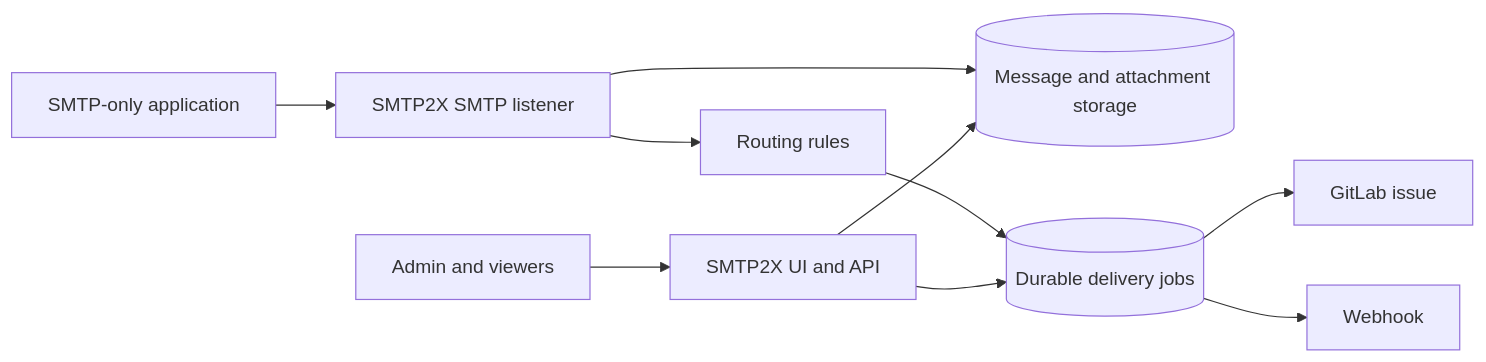
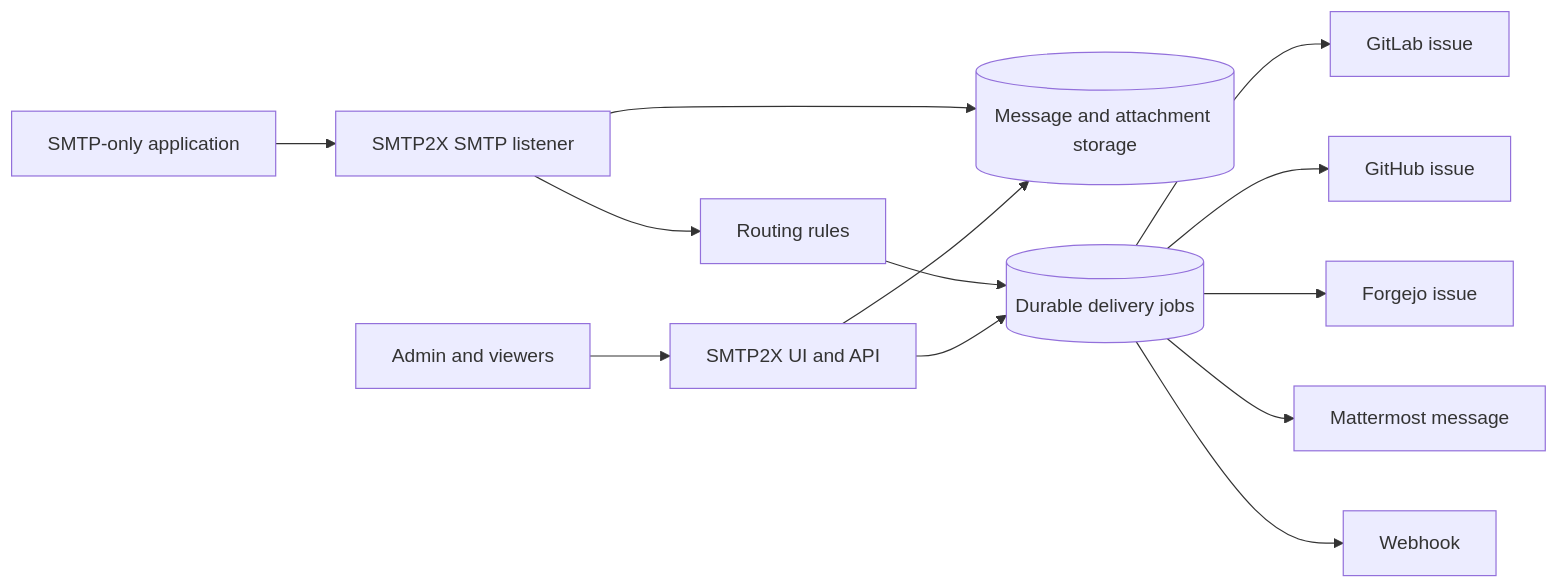
Before and after one commit to wenisch-tech/SMTP2X: the diagram in README.md, drawn with Mermaid. The commit also changed other lines of this file and 18 other files, not shown here.

Commit message:
feat: updated support for github, forgejo and mattermost

````diff
--- a/README.md
+++ b/README.md
@@ -32,12 +33,15 @@
 ```mermaid
 flowchart LR
   A[SMTP-only application] --> S[SMTP2X SMTP listener]
   S --> M[(Message and attachment storage)]
   S --> R[Routing rules]
   R --> Q[(Durable delivery jobs)]
   Q --> G[GitLab issue]
+  Q --> GH[GitHub issue]
+  Q --> F[Forgejo issue]
+  Q --> MM[Mattermost message]
   Q --> W[Webhook]
   U[Admin and viewers] --> UI[SMTP2X UI and API]
   UI --> M
   UI --> Q
 ```
````
